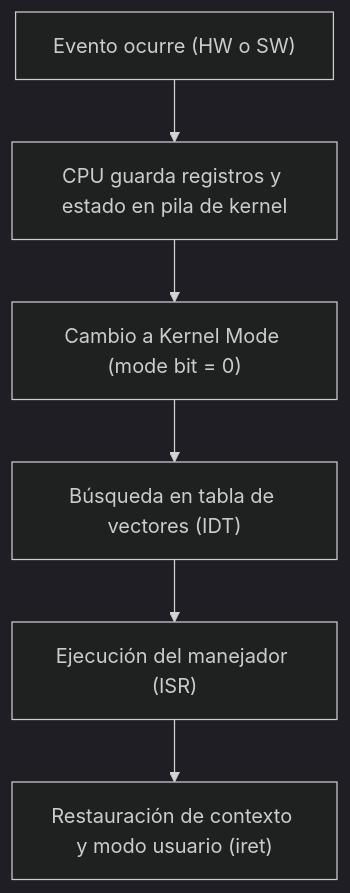
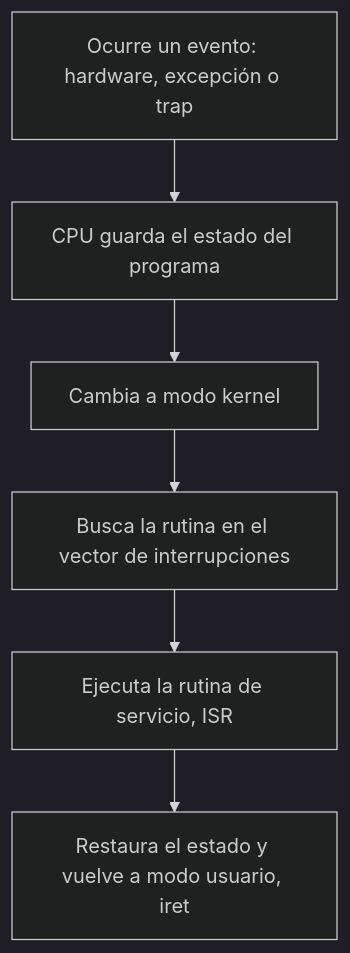
Before and after one commit to EstebanKiito/my-brain: the diagram in Sistemas Operativos y Redes/01-Estructura de sistemas operativos/04 - Interrupciones y excepciones.md, drawn with Mermaid (dark theme). The commit also changed other lines of this file and 1 other file, not shown here.

Commit message:
reescribe: 04 - Interrupciones y excepciones

````diff
--- a/Sistemas Operativos y Redes/01-Estructura de sistemas operativos/04 - Interrupciones y excepciones.md
+++ b/Sistemas Operativos y Redes/01-Estructura de sistemas operativos/04 - Interrupciones y excepciones.md
@@ -41,8 +41,8 @@
 ```mermaid
 flowchart TD
-  Event["Evento ocurre (HW o SW)"] --> SaveContext["CPU guarda registros y estado en pila de kernel"]
-  SaveContext --> SwitchMode["Cambio a Kernel Mode (mode bit = 0)"]
-  SwitchMode --> LookupIDT["Búsqueda en tabla de vectores (IDT)"]
-  LookupIDT --> RunISR["Ejecución del manejador (ISR)"]
-  RunISR --> Restore["Restauración de contexto y modo usuario (iret)"]
+  A["Ocurre un evento: hardware, excepción o trap"] --> B["CPU guarda el estado del programa"]
+  B --> C["Cambia a modo kernel"]
+  C --> D["Busca la rutina en el vector de interrupciones"]
+  D --> E["Ejecuta la rutina de servicio, ISR"]
+  E --> F["Restaura el estado y vuelve a modo usuario, iret"]
 ```
````
